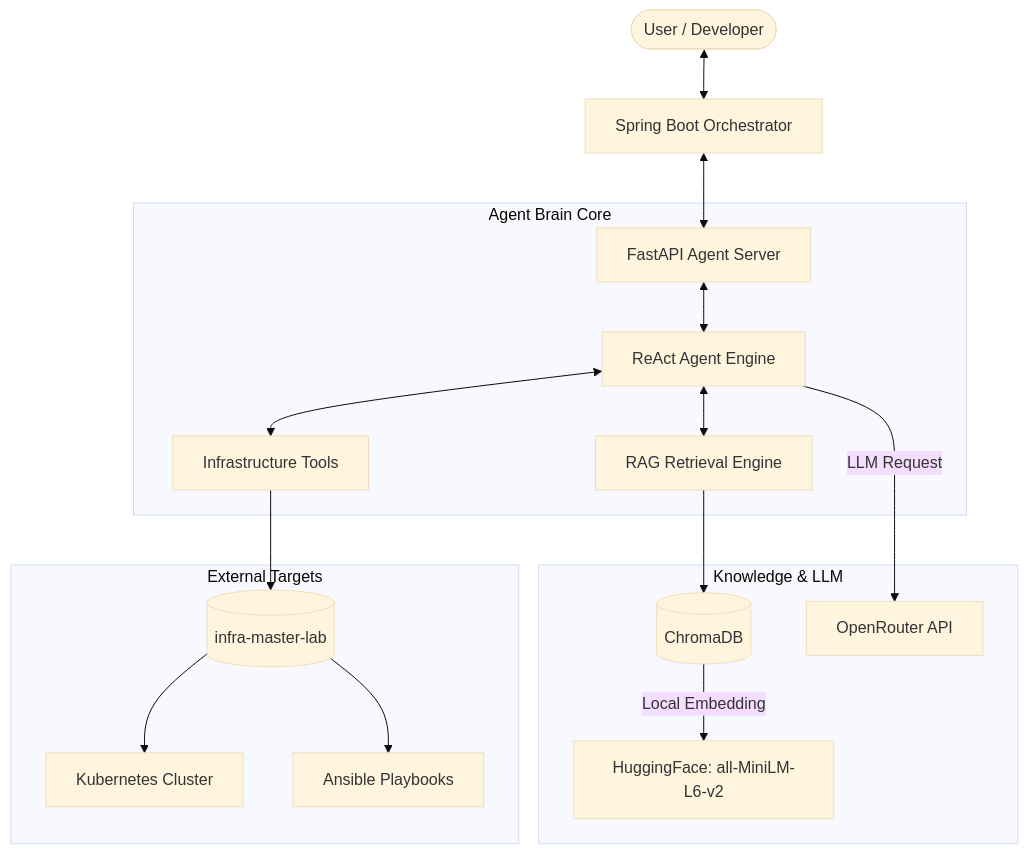
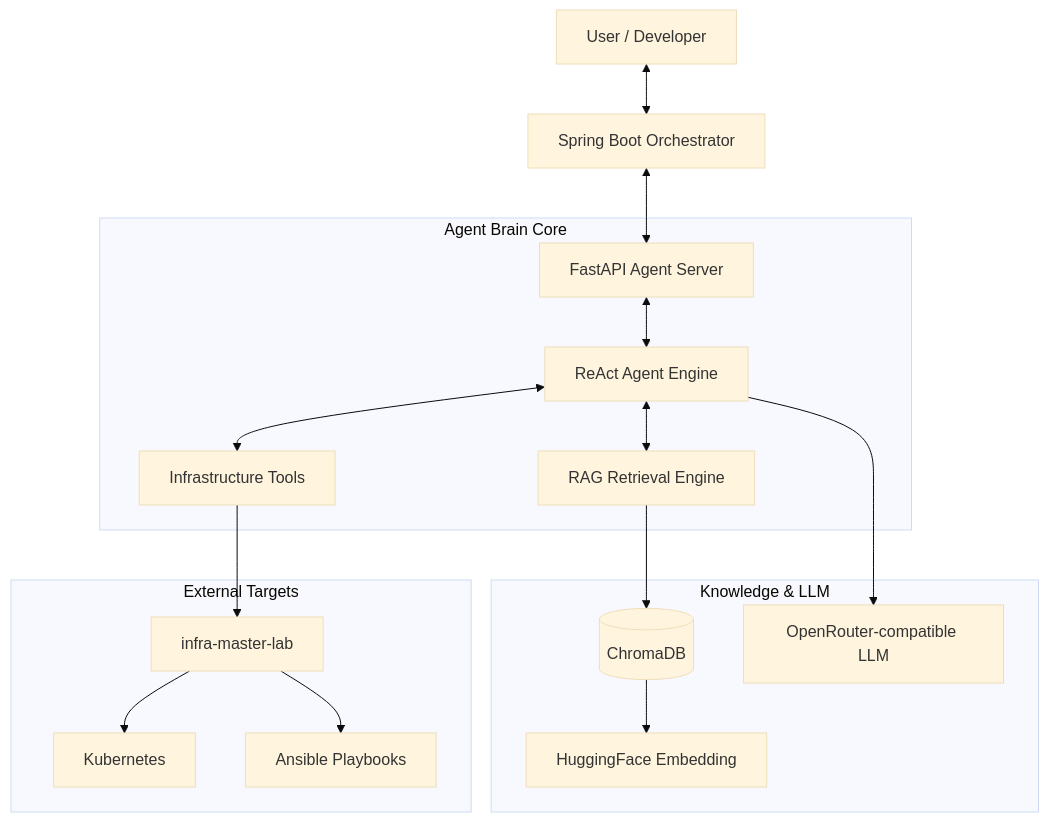
One commit to hooneyg/ai-agent-brain-lab changed the diagram in README.md. Above: the diagram before and after it, drawn with Mermaid (base theme). The commit also changed other lines of this file and 1 other file, not shown here.

````diff
--- a/README.md
+++ b/README.md
@@ -29,23 +40,23 @@
 ```mermaid
 graph TD
-    User([User / Developer]) <--> Orchestrator[Spring Boot Orchestrator]
-    Orchestrator <--> API[FastAPI Agent Server]
-    
+    User["User / Developer"] <--> Orchestrator["Spring Boot Orchestrator"]
+    Orchestrator <--> API["FastAPI Agent Server"]
+
     subgraph "Agent Brain Core"
-        API <--> Agent[ReAct Agent Engine]
-        Agent <--> RAG[RAG Retrieval Engine]
-        Agent <--> Tools[Infrastructure Tools]
+        API <--> Agent["ReAct Agent Engine"]
+        Agent <--> RAG["RAG Retrieval Engine"]
+        Agent <--> Tools["Infrastructure Tools"]
     end
-    
+
     subgraph "Knowledge & LLM"
-        RAG --> VectorDB[(ChromaDB)]
-        VectorDB -- Local Embedding --> HF[HuggingFace: all-MiniLM-L6-v2]
-        Agent -- LLM Request --> OR[OpenRouter API]
+        RAG --> VectorDB[("ChromaDB")]
+        VectorDB --> Embedding["HuggingFace Embedding"]
+        Agent --> LLM["OpenRouter-compatible LLM"]
     end
-    
+
     subgraph "External Targets"
-        Tools --> Infra[(infra-master-lab)]
-        Infra --> K8S[Kubernetes Cluster]
-        Infra --> Ansible[Ansible Playbooks]
+        Tools --> Infra["infra-master-lab"]
+        Infra --> K8S["Kubernetes"]
+        Infra --> Ansible["Ansible Playbooks"]
     end
 ```
````
